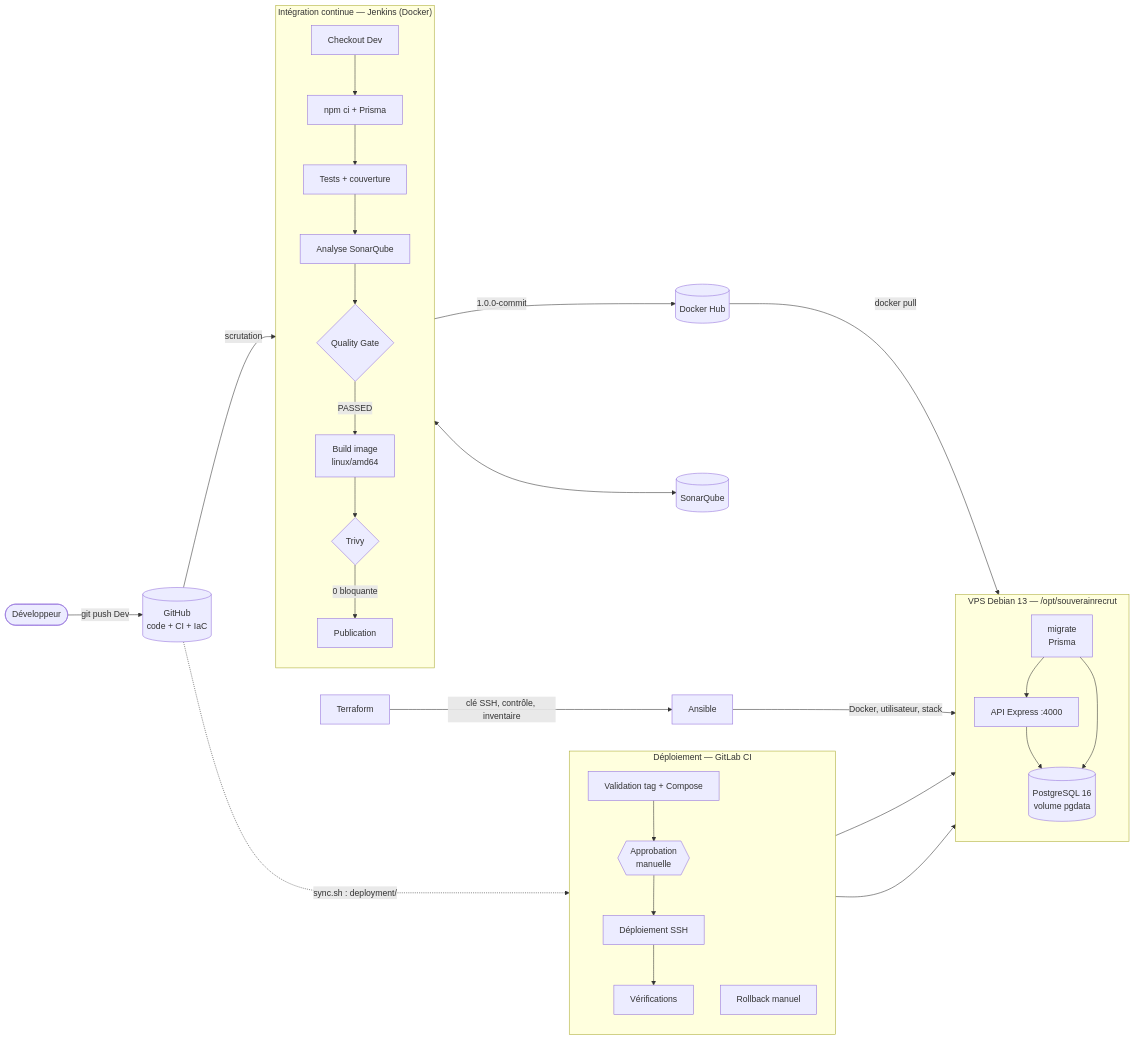
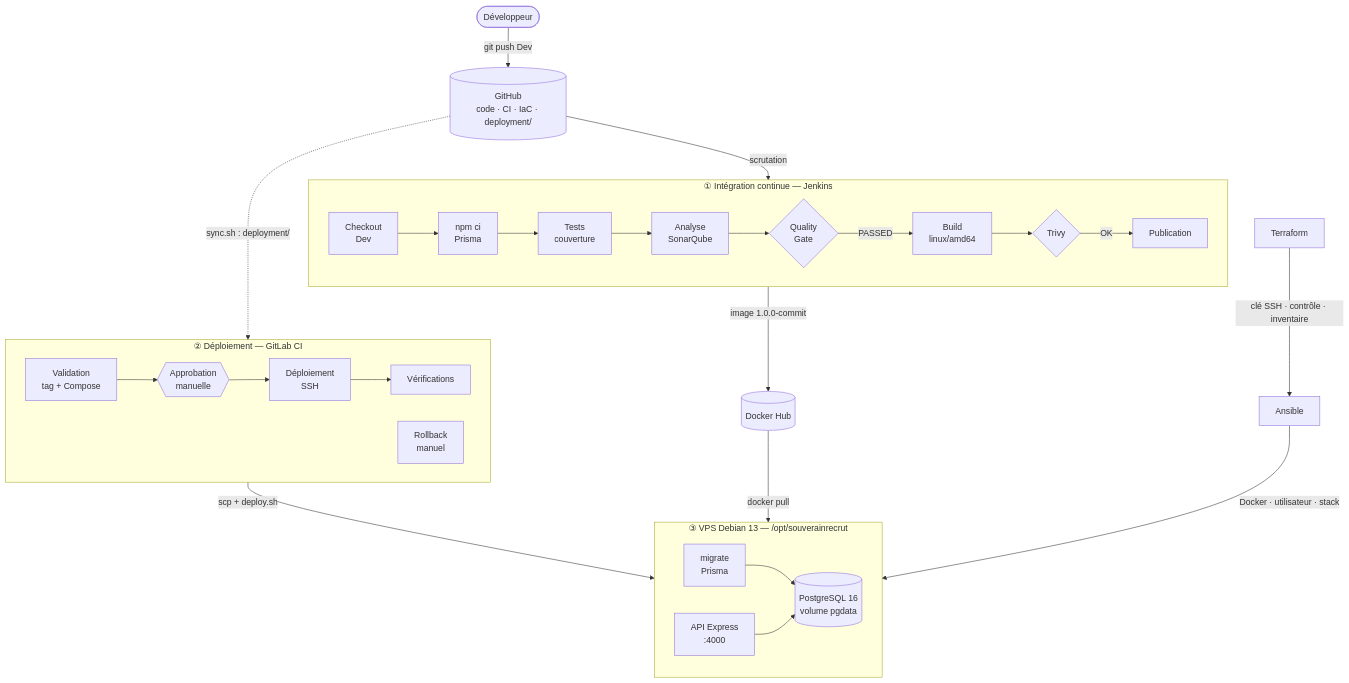
One commit to MartinBellot/souverainrecrut changed the first of 4 diagrams in RAPPORT.md. Above: the diagram before and after it, drawn with Mermaid.

Commit message:
Rapport : schéma d'architecture plus lisible

````diff
--- a/RAPPORT.md
+++ b/RAPPORT.md
@@ -49,36 +49,31 @@
 ```mermaid
-flowchart LR
-    DEV([Développeur]) -->|git push Dev| GH[(GitHub<br/>code + CI + IaC)]
+flowchart TB
+    DEV([Développeur]) -->|git push Dev| GH[(GitHub<br/>code · CI · IaC · deployment/)]
+    GH -->|scrutation| CI
 
-    subgraph CI ["Intégration continue — Jenkins (Docker)"]
-        direction TB
-        J1[Checkout Dev] --> J2[npm ci + Prisma] --> J3[Tests + couverture]
-        J3 --> J4[Analyse SonarQube] --> J5{Quality Gate}
-        J5 -->|PASSED| J6[Build image<br/>linux/amd64] --> J7{Trivy}
-        J7 -->|0 bloquante| J8[Publication]
+    subgraph CI ["① Intégration continue — Jenkins"]
+        direction LR
+        J1[Checkout<br/>Dev] --> J2[npm ci<br/>Prisma] --> J3[Tests<br/>couverture] --> J4[Analyse<br/>SonarQube] --> J5{Quality<br/>Gate} -->|PASSED| J6[Build<br/>linux/amd64] --> J7{Trivy} -->|OK| J8[Publication]
     end
 
-    GH -->|scrutation| J1
-    J4 <--> SQ[(SonarQube)]
-    J8 -->|1.0.0-commit| HUB[(Docker Hub)]
+    CI -->|image 1.0.0-commit| HUB[(Docker Hub)]
+    GH -.->|sync.sh : deployment/| CD
 
-    subgraph CD ["Déploiement — GitLab CI"]
-        direction TB
-        G1[Validation tag + Compose] --> G2{{Approbation<br/>manuelle}} --> G3[Déploiement SSH] --> G4[Vérifications]
-        G5[Rollback manuel]
+    subgraph CD ["② Déploiement — GitLab CI"]
+        direction LR
+        G1[Validation<br/>tag + Compose] --> G2{{Approbation<br/>manuelle}} --> G3[Déploiement<br/>SSH] --> G4[Vérifications]
+        G5[Rollback<br/>manuel]
     end
 
-    GH -.->|sync.sh : deployment/| G1
+    CD -->|scp + deploy.sh| VPS
     HUB -->|docker pull| VPS
-    G3 --> VPS
-    G5 --> VPS
 
-    subgraph VPS ["VPS Debian 13 — /opt/souverainrecrut"]
-        direction TB
-        M[migrate<br/>Prisma] --> API[API Express :4000]
-        API --> PG[(PostgreSQL 16<br/>volume pgdata)]
-        M --> PG
+    subgraph VPS ["③ VPS Debian 13 — /opt/souverainrecrut"]
+        direction LR
+        M[migrate<br/>Prisma] --> PG[(PostgreSQL 16<br/>volume pgdata)]
+        API[API Express<br/>:4000] --> PG
     end
 
-    TF[Terraform] -->|clé SSH, contrôle, inventaire| ANS[Ansible] -->|Docker, utilisateur, stack| VPS
+    TF[Terraform] -->|clé SSH · contrôle · inventaire| ANS[Ansible]
+    ANS -->|Docker · utilisateur · stack| VPS
 ```
````
